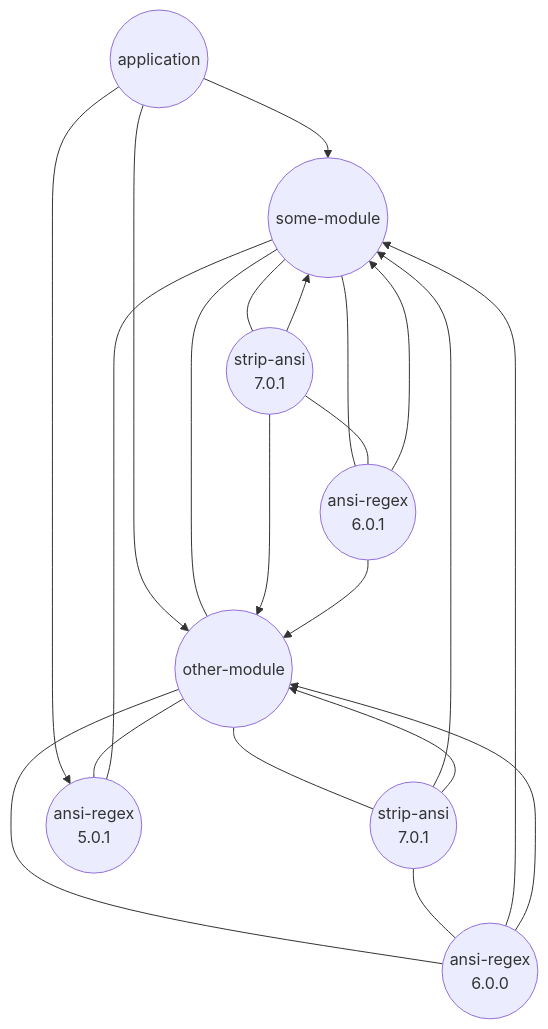
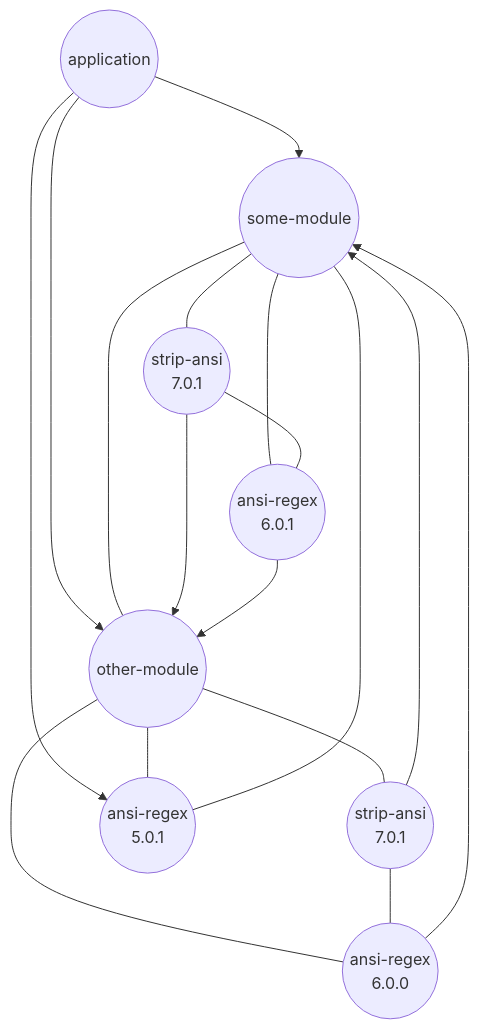
The second of 2 diagrams in docs/result.md (CycloneDX/cyclonedx-node-npm), drawn with Mermaid before and after one commit.

````diff
--- a/docs/result.md
+++ b/docs/result.md
@@ -93,31 +93,27 @@
 ```mermaid
 graph TB
     R((application))
     A((some-module))
     B((other-module))
     C1((strip-ansi<br/>7.0.1))
     C2((strip-ansi<br/>7.0.1))
     D1((ansi-regex<br/>6.0.1))
     D2((ansi-regex<br/>6.0.0))
     D3((ansi-regex<br/>5.0.1))
     R  --> A
     R  --> B
     R  --> D3
     A  --- B
     B  --- D3
     D3 --- A
     A  --- C1
+    B  --- C2
     A  --- D1
-    B  --- C2
     B  --- D2
     C1 --- D1
     C2 --- D2
-    C1 --> A
     C1 --> B
     C2 --> A
-    C2 --> B
-    D1 --> A
     D1 --> B
     D2 --> A
-    D2 --> B
 ```
````
